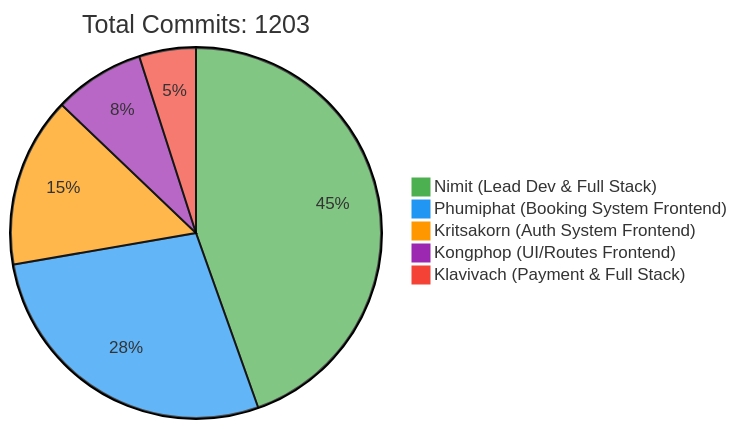
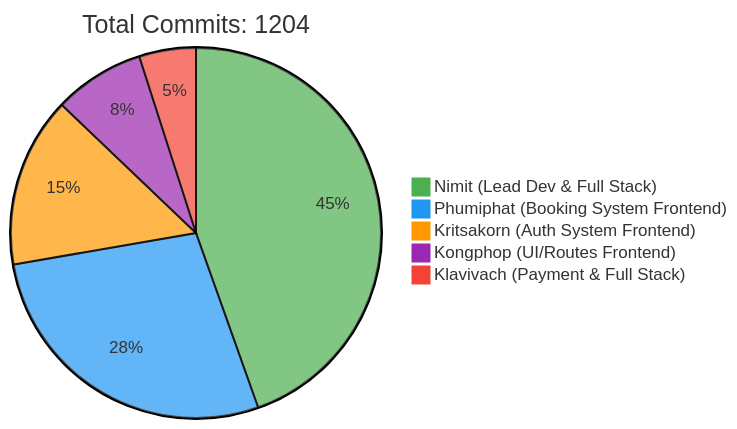
One commit to 6531503042/Sport-Complex changed the first of 2 diagrams in README.md. Above: the diagram before and after it, drawn with Mermaid. The commit also changed other lines of this file, not shown here.

Commit message:
docs: Update contributor statistics [skip ci]

````diff
--- a/README.md
+++ b/README.md
@@ -257,10 +257,10 @@
 ```mermaid
 %%{init: {'theme': 'base', 'themeVariables': { 'pie1': '#4CAF50', 'pie2': '#2196F3', 'pie3': '#FF9800', 'pie4': '#9C27B0', 'pie5': '#F44336'}}}%%
 pie
-    title Total Commits: 1203
+    title Total Commits: 1204
     "Nimit (Lead Dev & Full Stack)" : 450
     "Phumiphat (Booking System Frontend)" : 280
     "Kritsakorn (Auth System Frontend)" : 150
     "Kongphop (UI/Routes Frontend)" : 80
     "Klavivach (Payment & Full Stack)" : 50
 ```
````
